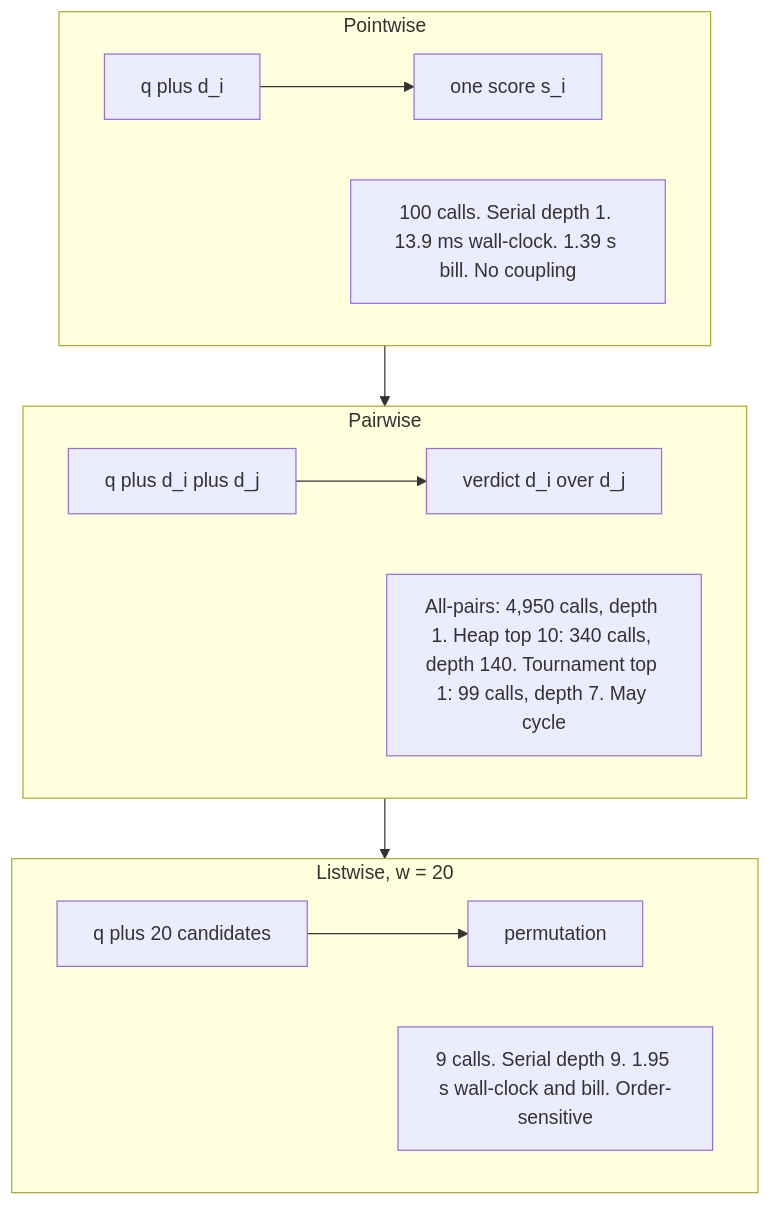
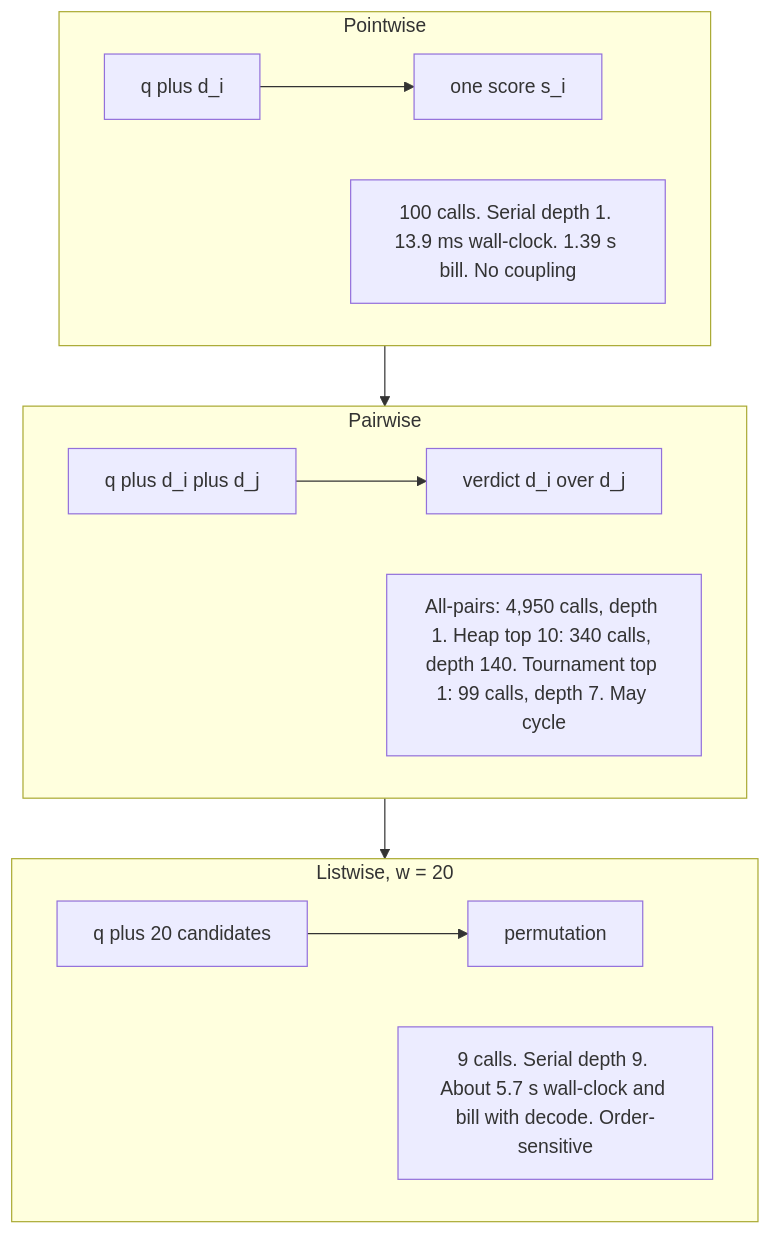
One commit to arunshar/rag-interview-chapters changed the second of 3 diagrams in chapters/22_reranking.md. Above: the diagram before and after it, drawn with Mermaid. The commit also changed other lines of this file and 132 other files, not shown here.

````diff
--- a/chapters/22_reranking.md
+++ b/chapters/22_reranking.md
@@ -688,16 +680,16 @@
 ```mermaid
 flowchart TB
     subgraph P["Pointwise"]
         P1["q plus d_i"] --> P2["one score s_i"]
         P3["100 calls. Serial depth 1. 13.9 ms wall-clock. 1.39 s bill. No coupling"]
     end
     subgraph Q["Pairwise"]
         Q1["q plus d_i plus d_j"] --> Q2["verdict d_i over d_j"]
         Q3["All-pairs: 4,950 calls, depth 1. Heap top 10: 340 calls, depth 140. Tournament top 1: 99 calls, depth 7. May cycle"]
     end
     subgraph L["Listwise, w = 20"]
         L1["q plus 20 candidates"] --> L2["permutation"]
-        L3["9 calls. Serial depth 9. 1.95 s wall-clock and bill. Order-sensitive"]
+        L3["9 calls. Serial depth 9. About 5.7 s wall-clock and bill with decode. Order-sensitive"]
     end
     P --> Q --> L
 ```
````
